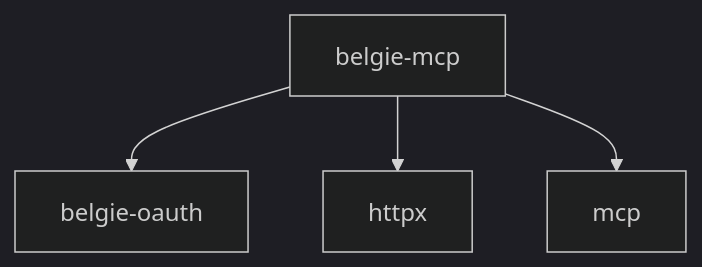
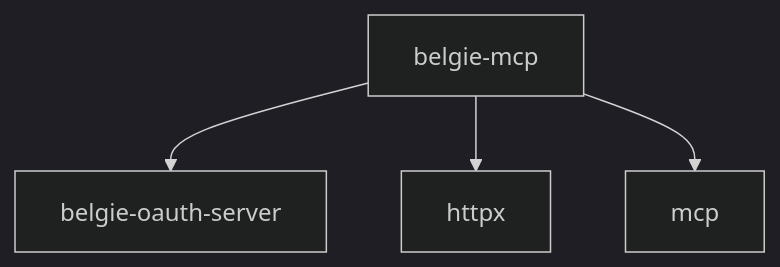
The sixth of 6 diagrams in design/012-belgie-mcp-oauth-support.md (mplemay/belgie), drawn with Mermaid (dark theme) before and after one commit. The commit also changed other lines of this file and 35 other files, not shown here.

Commit message:
refactor: renamed the belgie-oauth to belgie-oauth-server

````diff
--- a/design/012-belgie-mcp-oauth-support.md
+++ b/design/012-belgie-mcp-oauth-support.md
@@ -185,11 +187,11 @@
 ```mermaid
 graph TD
     BelgieMcp["belgie-mcp"]
-    BelgieOauth["belgie-oauth"]
+    BelgieOauth["belgie-oauth-server"]
     Httpx["httpx"]
     Mcp["mcp"]
 
     BelgieMcp --> BelgieOauth
     BelgieMcp --> Httpx
     BelgieMcp --> Mcp
 ```
````
